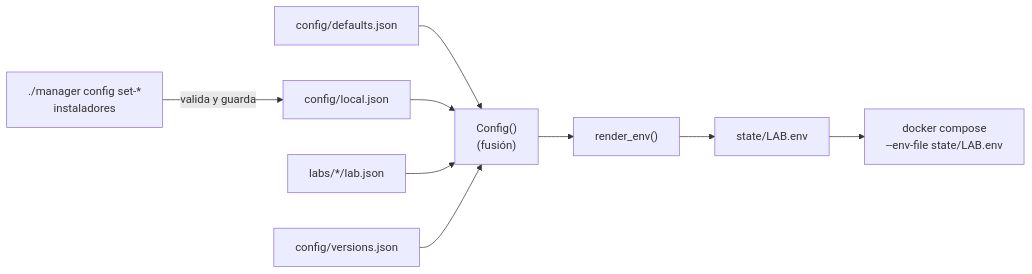
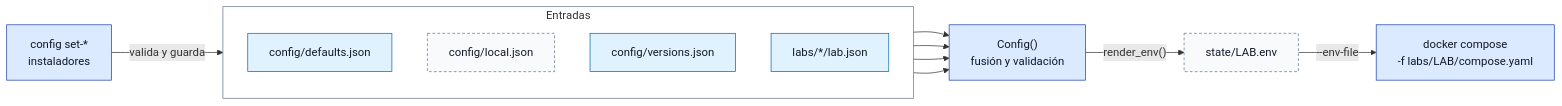
One commit to Hacker-Factory-CTF-Team/Web-Workshop changed the sixth of 6 diagrams in docs/architecture/README.md. Above: the diagram before and after it, drawn with Mermaid. The commit also changed other lines of this file and 7 other files, not shown here.

Commit message:
arreglos en los diagramas

````diff
--- a/docs/architecture/README.md
+++ b/docs/architecture/README.md
@@ -144,11 +296,34 @@
 ```mermaid
 flowchart LR
-    DEF["config/defaults.json"] --> MERGE["Config()<br/>(fusión)"]
-    LOC["config/local.json"] --> MERGE
-    LJ["labs/*/lab.json"] --> MERGE
-    VER["config/versions.json"] --> MERGE
-    MERGE --> RENDER["render_env()"]
-    RENDER --> ENVF["state/LAB.env"]
-    ENVF --> COMPOSE["docker compose<br/>--env-file state/LAB.env"]
-    CLI["./manager config set-*<br/>instaladores"] -- "valida y guarda" --> LOC
+    subgraph IN["Entradas"]
+        direction TB
+        DEF["config/defaults.json"]:::cfg
+        LOC["config/local.json"]:::gen
+        VER["config/versions.json"]:::cfg
+        LJ["labs/*/lab.json"]:::cfg
+    end
+    CLI["config set-*<br/>instaladores"]:::mgr
+    MERGE["Config()<br/>fusión y validación"]:::mgr
+    ENVF["state/LAB.env"]:::gen
+    COMPOSE["docker compose<br/>-f labs/LAB/compose.yaml"]:::host
+
+    CLI -- "valida y guarda" --> LOC
+    DEF --> MERGE
+    LOC --> MERGE
+    VER --> MERGE
+    LJ --> MERGE
+    MERGE -- "render_env()" --> ENVF
+    ENVF -- "--env-file" --> COMPOSE
+
+    classDef kali fill:#ede9fe,stroke:#5b21b6,color:#111827
+    classDef mgr fill:#dbeafe,stroke:#1e40af,color:#111827
+    classDef host fill:#dbeafe,stroke:#1e40af,color:#111827
+    classDef cfg fill:#e0f2fe,stroke:#0369a1,color:#111827
+    classDef gen fill:#f8fafc,stroke:#64748b,stroke-dasharray:4 3,color:#111827
+    classDef fw fill:#dcfce7,stroke:#166534,color:#111827
+    classDef edge fill:#fef3c7,stroke:#b45309,color:#111827
+    classDef vuln fill:#fee2e2,stroke:#b91c1c,color:#111827
+    classDef net fill:#fff7ed,stroke:#c2410c,color:#111827
+    classDef ext fill:#f3f4f6,stroke:#4b5563,color:#111827
+    style IN fill:none,stroke:#64748b
 ```
````
